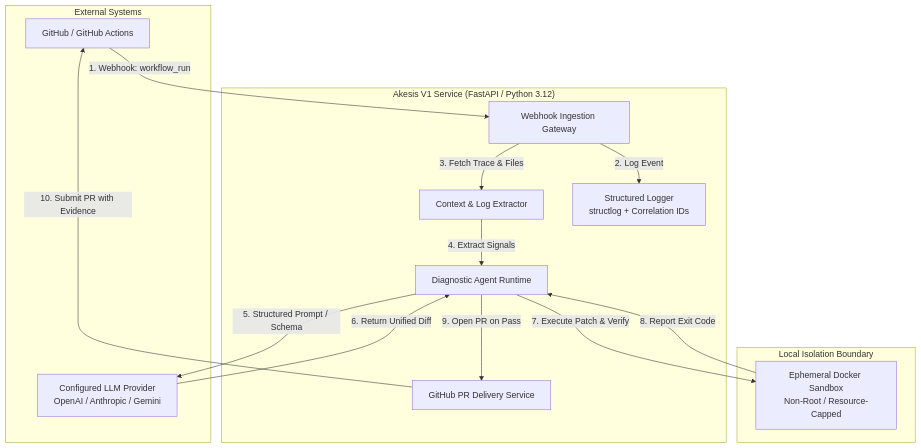
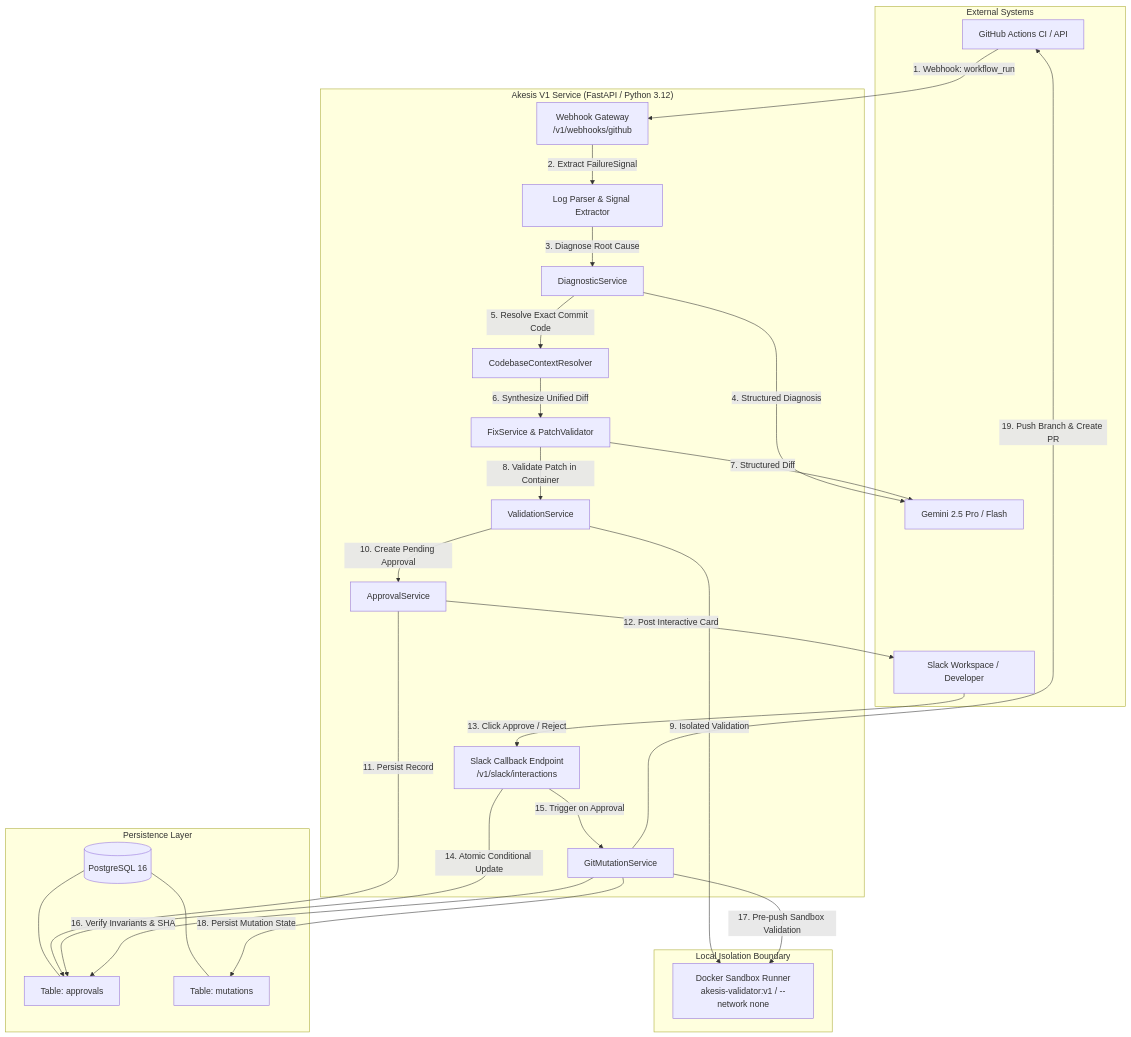
One commit to crlabs-ai/akesis changed the diagram in docs/02-architecture/system-architecture.md. Above: the diagram before and after it, drawn with Mermaid. The commit also changed other lines of this file and 2 other files, not shown here.

Commit message:
docs(roadmap): align V1 phases with implemented architecture

````diff
--- a/docs/02-architecture/system-architecture.md
+++ b/docs/02-architecture/system-architecture.md
@@ -20,30 +21,53 @@
 ```mermaid
 graph TD
     subgraph "External Systems"
-        GH[GitHub / GitHub Actions]
-        LLM[Configured LLM Provider<br/>OpenAI / Anthropic / Gemini]
+        GH[GitHub Actions CI / API]
+        LLM[Gemini 2.5 Pro / Flash]
+        Slack[Slack Workspace / Developer]
     end
 
     subgraph "Akesis V1 Service (FastAPI / Python 3.12)"
-        Gateway[Webhook Ingestion Gateway]
-        ContextEngine[Context & Log Extractor]
-        AgentEngine[Diagnostic Agent Runtime]
-        DeliveryEngine[GitHub PR Delivery Service]
-        Logger[Structured Logger<br/>structlog + Correlation IDs]
+        Gateway[Webhook Gateway<br/>/v1/webhooks/github]
+        Parser[Log Parser & Signal Extractor]
+        DiagService[DiagnosticService]
+        ContextResolver[CodebaseContextResolver]
+        FixService[FixService & PatchValidator]
+        ValService[ValidationService]
+        ApprovalSvc[ApprovalService]
+        SlackEndpoint[Slack Callback Endpoint<br/>/v1/slack/interactions]
+        MutationSvc[GitMutationService]
+    end
+
+    subgraph "Persistence Layer"
+        PG[(PostgreSQL 16)]
+        ApprTable[Table: approvals]
+        MutTable[Table: mutations]
+        PG --- ApprTable
+        PG --- MutTable
     end
 
     subgraph "Local Isolation Boundary"
-        DockerBox[Ephemeral Docker Sandbox<br/>Non-Root / Resource-Capped]
+        DockerBox[Docker Sandbox Runner<br/>akesis-validator:v1 / --network none]
     end
 
     GH -->|1. Webhook: workflow_run| Gateway
-    Gateway -->|2. Log Event| Logger
-    Gateway -->|3. Fetch Trace & Files| ContextEngine
-    ContextEngine -->|4. Extract Signals| AgentEngine
-    AgentEngine -->|5. Structured Prompt / Schema| LLM
-    LLM -->|6. Return Unified Diff| AgentEngine
-    AgentEngine -->|7. Execute Patch & Verify| DockerBox
-    DockerBox -->|8. Report Exit Code| AgentEngine
-    AgentEngine -->|9. Open PR on Pass| DeliveryEngine
-    DeliveryEngine -->|10. Submit PR with Evidence| GH
+    Gateway -->|2. Extract FailureSignal| Parser
+    Parser -->|3. Diagnose Root Cause| DiagService
+    DiagService -->|4. Structured Diagnosis| LLM
+    DiagService -->|5. Resolve Exact Commit Code| ContextResolver
+    ContextResolver -->|6. Synthesize Unified Diff| FixService
+    FixService -->|7. Structured Diff| LLM
+    FixService -->|8. Validate Patch in Container| ValService
+    ValService -->|9. Isolated Validation| DockerBox
+    ValService -->|10. Create Pending Approval| ApprovalSvc
+    ApprovalSvc -->|11. Persist Record| ApprTable
+    ApprovalSvc -->|12. Post Interactive Card| Slack
+
+    Slack -->|13. Click Approve / Reject| SlackEndpoint
+    SlackEndpoint -->|14. Atomic Conditional Update| ApprTable
+    SlackEndpoint -->|15. Trigger on Approval| MutationSvc
+    MutationSvc -->|16. Verify Invariants & SHA| ApprTable
+    MutationSvc -->|17. Pre-push Sandbox Validation| DockerBox
+    MutationSvc -->|18. Persist Mutation State| MutTable
+    MutationSvc -->|19. Push Branch & Create PR| GH
 ```
````
